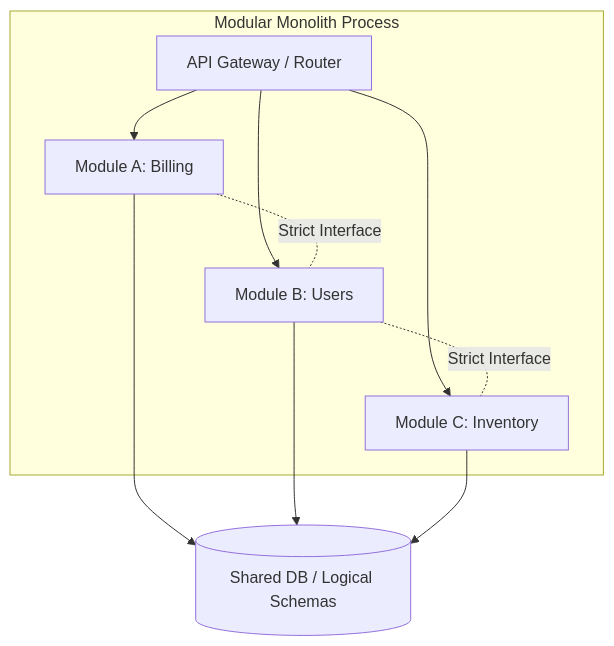
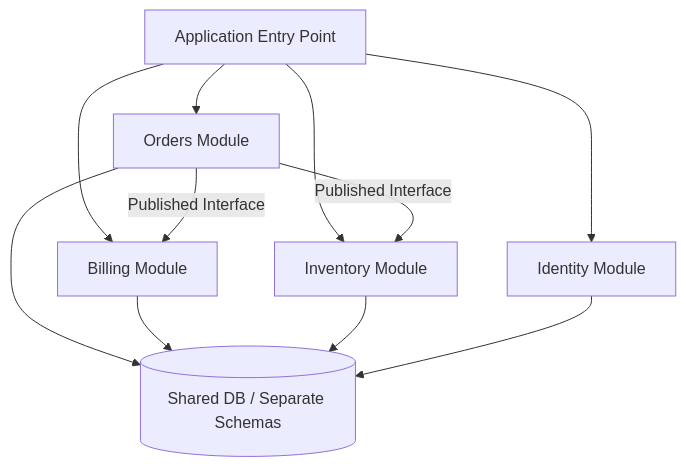
The diagram in data/notes/03-Phase-3-Architecture-Operations/03-Phase-3-Architecture-Operations__Module-12-Architectural-Patterns__Modular_Monoliths.md (ishitvagoel/SystemDesignNotes), drawn with Mermaid before and after one commit. The commit also changed other lines of this file and 7 other files, not shown here.

````diff
--- a/data/notes/03-Phase-3-Architecture-Operations/03-Phase-3-Architecture-Operations__Module-12-Architectural-Patterns__Modular_Monoliths.md
+++ b/data/notes/03-Phase-3-Architecture-Operations/03-Phase-3-Architecture-Operations__Module-12-Architectural-Patterns__Modular_Monoliths.md
@@ -7,16 +37,15 @@
 ```mermaid
 graph TD
-    subgraph "Modular Monolith Process"
-        API[API Gateway / Router]
-        API --> M1[Module A: Billing]
-        API --> M2[Module B: Users]
-        API --> M3[Module C: Inventory]
-        
-        M1 -.-|Strict Interface| M2
-        M2 -.-|Strict Interface| M3
-    end
-    
-    M1 --> DB[(Shared DB / Logical Schemas)]
-    M2 --> DB
-    M3 --> DB
+    API[Application Entry Point] --> Orders[Orders Module]
+    API --> Billing[Billing Module]
+    API --> Inventory[Inventory Module]
+    API --> Identity[Identity Module]
+
+    Orders -->|Published Interface| Billing
+    Orders -->|Published Interface| Inventory
+
+    Orders --> DB[(Shared DB / Separate Schemas)]
+    Billing --> DB
+    Inventory --> DB
+    Identity --> DB
 ```
````
